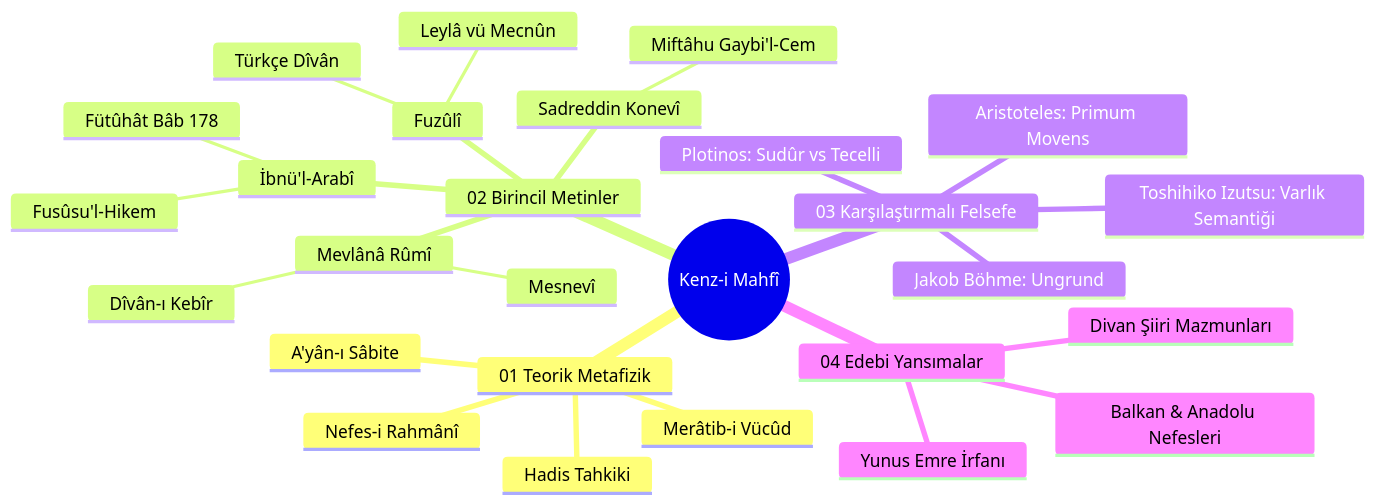
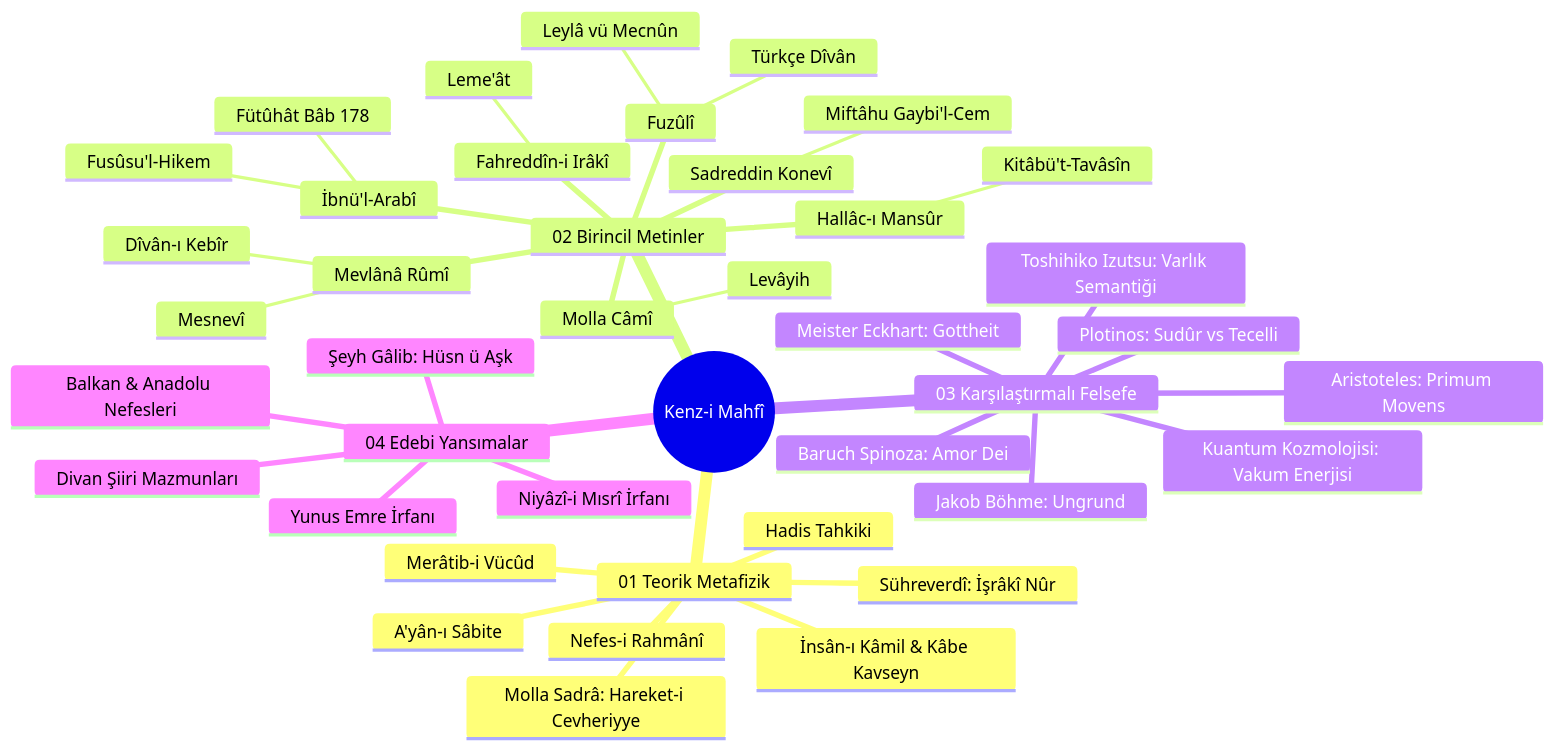
The diagram in docs/INDEX.md (arch-yunus/kenz-i-mahfi), drawn with Mermaid before and after one commit. The commit also changed other lines of this file and 16 other files, not shown here.

````diff
--- a/docs/INDEX.md
+++ b/docs/INDEX.md
@@ -9,30 +9,44 @@
 ```mermaid
 mindmap
   root((Kenz-i Mahfî))
     01 Teorik Metafizik
       Hadis Tahkiki
       Merâtib-i Vücûd
       A'yân-ı Sâbite
       Nefes-i Rahmânî
+      Molla Sadrâ: Hareket-i Cevheriyye
+      Sühreverdî: İşrâkî Nûr
+      İnsân-ı Kâmil & Kâbe Kavseyn
     02 Birincil Metinler
       İbnü'l-Arabî
         Fütûhât Bâb 178
         Fusûsu'l-Hikem
       Sadreddin Konevî
         Miftâhu Gaybi'l-Cem
+      Hallâc-ı Mansûr
+        Kitâbü't-Tavâsîn
       Mevlânâ Rûmî
         Mesnevî
         Dîvân-ı Kebîr
+      Fahreddîn-i Irâkî
+        Leme'ât
+      Molla Câmî
+        Levâyih
       Fuzûlî
         Türkçe Dîvân
         Leylâ vü Mecnûn
     03 Karşılaştırmalı Felsefe
       Aristoteles: Primum Movens
       Plotinos: Sudûr vs Tecelli
+      Meister Eckhart: Gottheit
       Jakob Böhme: Ungrund
+      Baruch Spinoza: Amor Dei
       Toshihiko Izutsu: Varlık Semantiği
+      Kuantum Kozmolojisi: Vakum Enerjisi
     04 Edebi Yansımalar
       Divan Şiiri Mazmunları
+      Şeyh Gâlib: Hüsn ü Aşk
+      Niyâzî-i Mısrî İrfanı
       Yunus Emre İrfanı
       Balkan & Anadolu Nefesleri
 ```
````
